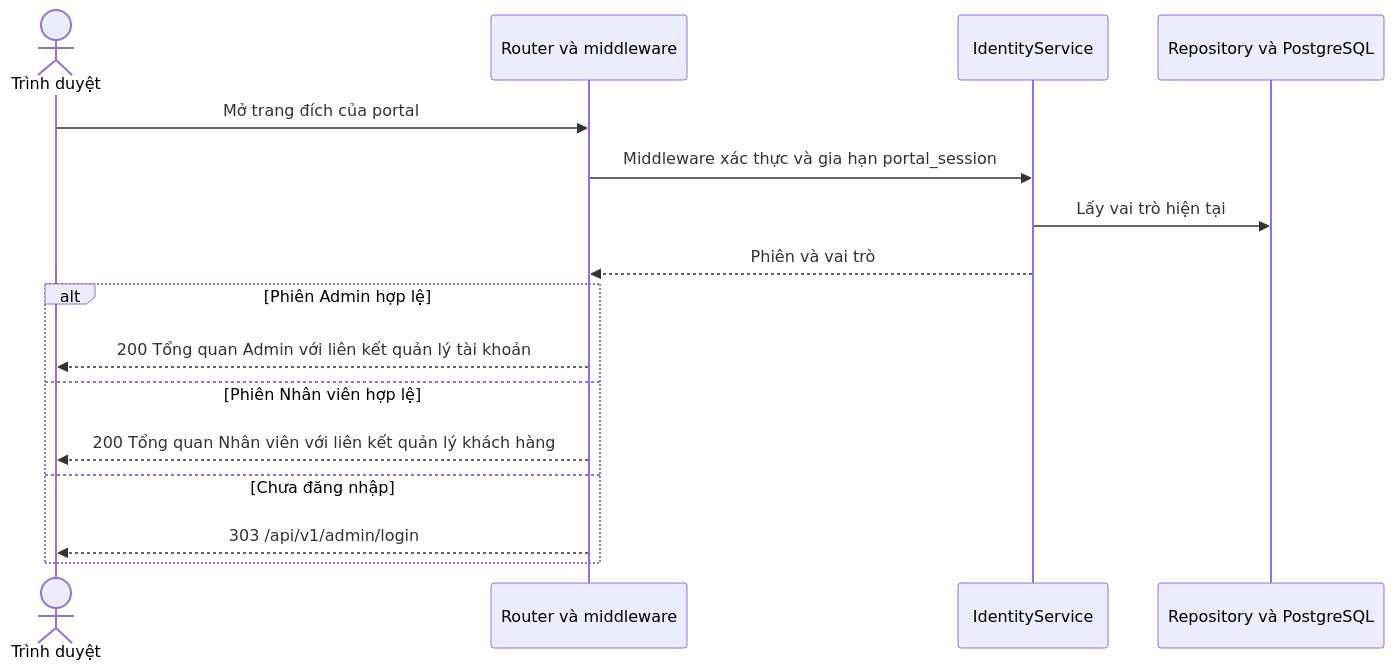
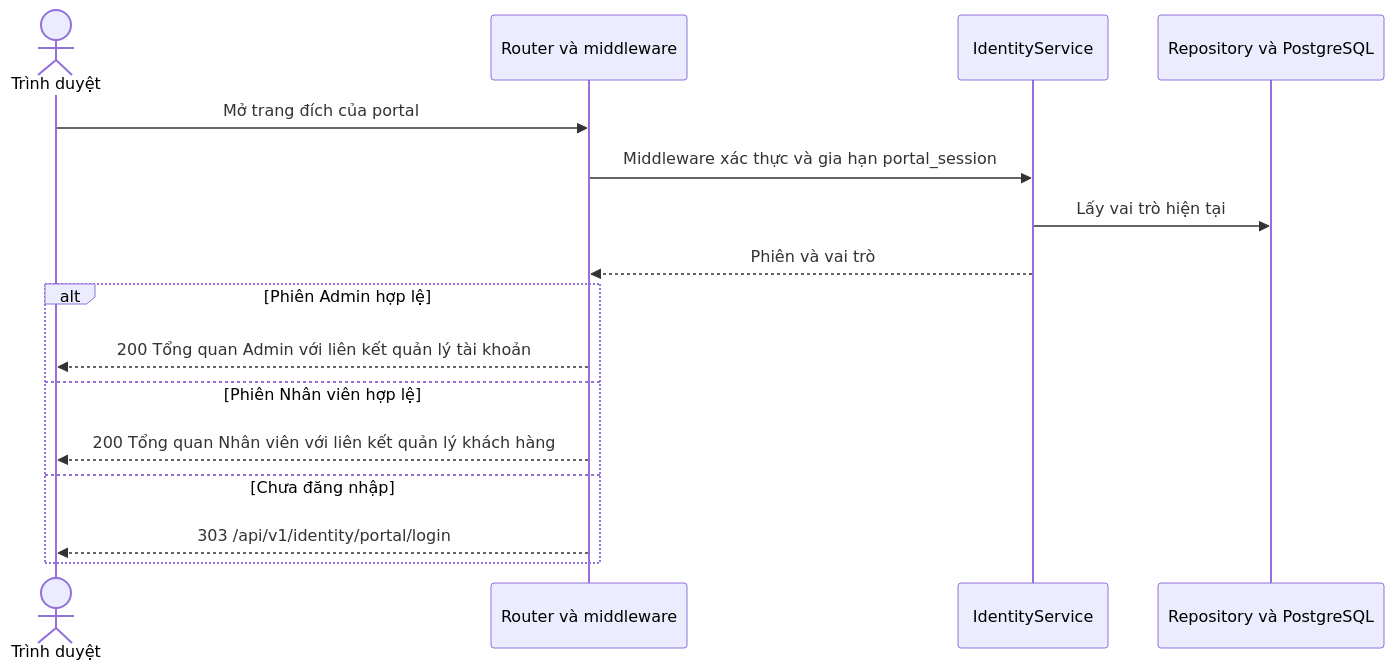
The diagram in docs/sequence/identity/get-admin.md (thanhklt/sobie-swimwear-e-commerce), drawn with Mermaid before and after one commit. The commit also changed other lines of this file and 72 other files, not shown here.

````diff
--- a/docs/sequence/identity/get-admin.md
+++ b/docs/sequence/identity/get-admin.md
@@ -5,18 +5,18 @@
 ```mermaid
 sequenceDiagram
     actor Browser as Trình duyệt
     participant Route as Router và middleware
     participant Service as IdentityService
     participant Data as Repository và PostgreSQL
     Browser->>Route: Mở trang đích của portal
     Route->>Service: Middleware xác thực và gia hạn portal_session
     Service->>Data: Lấy vai trò hiện tại
     Service-->>Route: Phiên và vai trò
     alt Phiên Admin hợp lệ
         Route-->>Browser: 200 Tổng quan Admin với liên kết quản lý tài khoản
     else Phiên Nhân viên hợp lệ
         Route-->>Browser: 200 Tổng quan Nhân viên với liên kết quản lý khách hàng
     else Chưa đăng nhập
-        Route-->>Browser: 303 /api/v1/admin/login
+        Route-->>Browser: 303 /api/v1/identity/portal/login
     end
 ```
````
